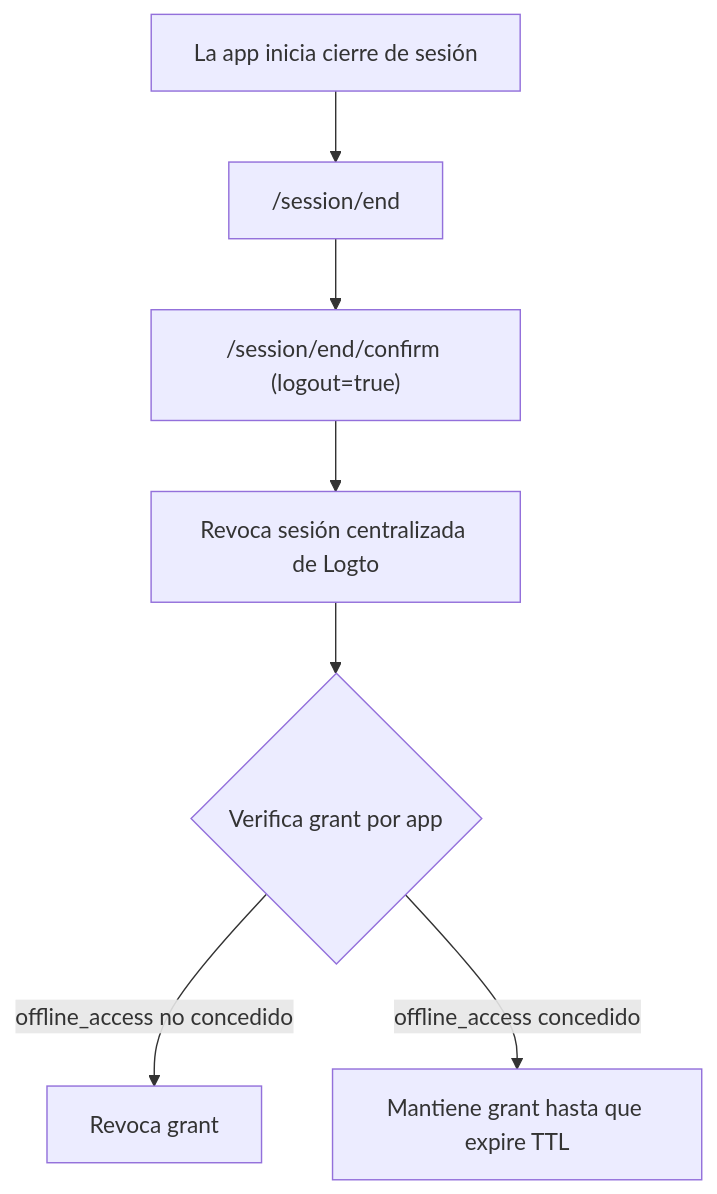
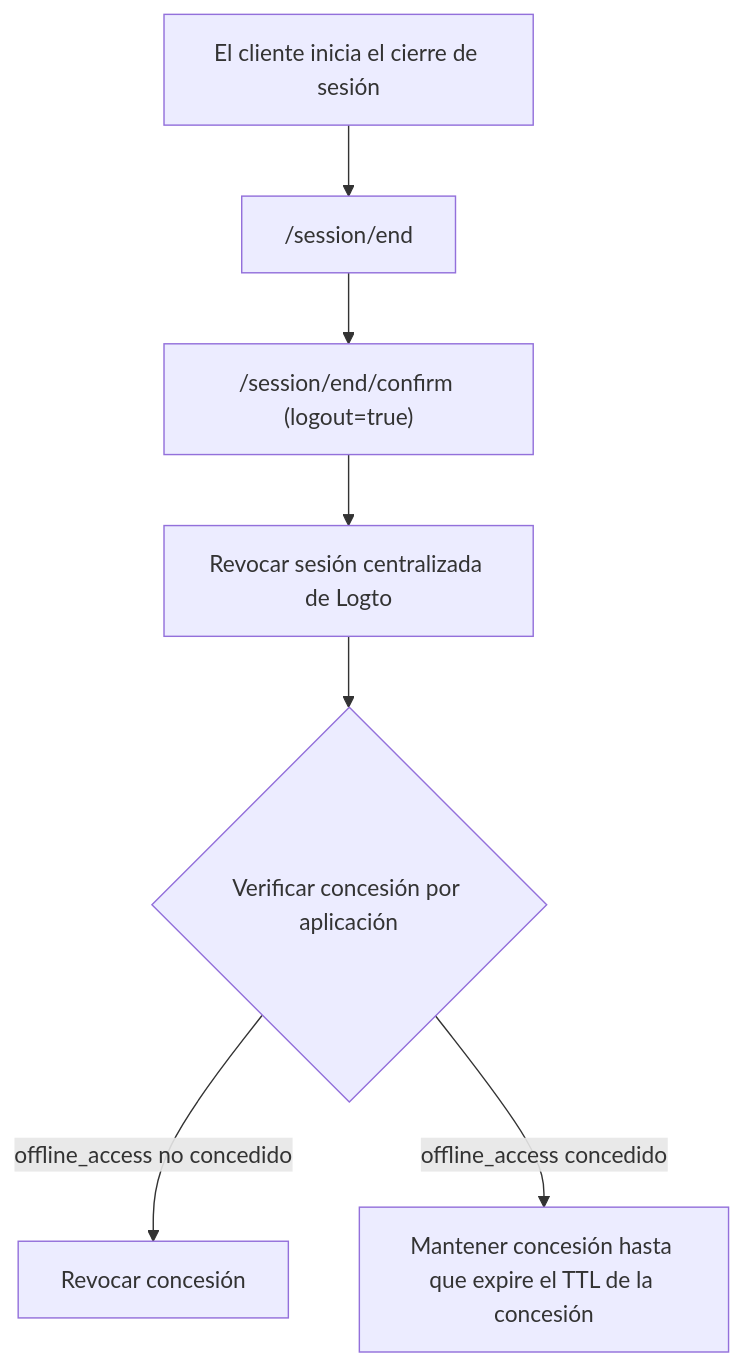
One commit to logto-io/docs changed the diagram in i18n/es/docusaurus-plugin-content-docs/current/end-user-flows/sign-out.mdx. Above: the diagram before and after it, drawn with Mermaid. The commit also changed other lines of this file and 102 other files, not shown here.

````diff
--- a/i18n/es/docusaurus-plugin-content-docs/current/end-user-flows/sign-out.mdx
+++ b/i18n/es/docusaurus-plugin-content-docs/current/end-user-flows/sign-out.mdx
@@ -179,9 +45,9 @@
 ```mermaid
 flowchart TD
-  A["La app inicia cierre de sesión"] --> B["/session/end"]
+  A["El cliente inicia el cierre de sesión"] --> B["/session/end"]
   B --> C["/session/end/confirm (logout=true)"]
-  C --> D["Revoca sesión centralizada de Logto"]
-  D --> E{"Verifica grant por app"}
-  E -->|"offline_access no concedido"| F["Revoca grant"]
-  E -->|"offline_access concedido"| G["Mantiene grant hasta que expire TTL"]
+  C --> D["Revocar sesión centralizada de Logto"]
+  D --> E{"Verificar concesión por aplicación"}
+  E -->|"offline_access no concedido"| F["Revocar concesión"]
+  E -->|"offline_access concedido"| G["Mantener concesión hasta que expire el TTL de la concesión"]
 ```
````
